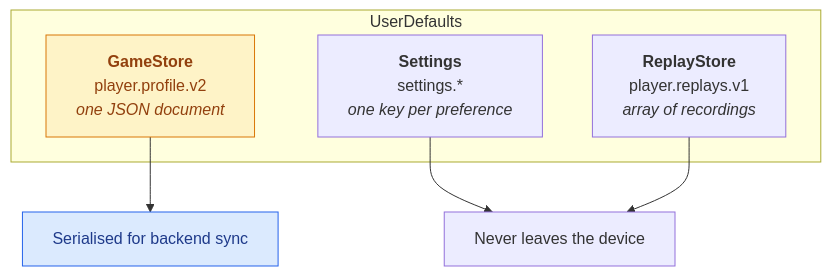
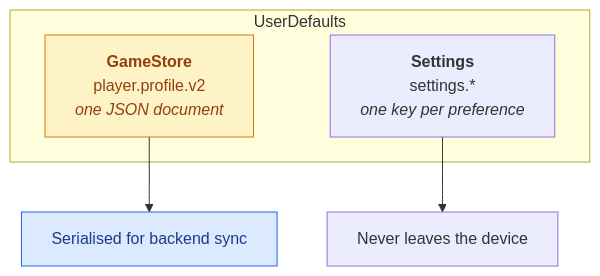
One commit to hoangsonww/Flappy-Bird-Game changed the first of 4 diagrams in docs/PERSISTENCE.md. Above: the diagram before and after it, drawn with Mermaid. The commit also changed other lines of this file and 43 other files, not shown here.

````diff
--- a/docs/PERSISTENCE.md
+++ b/docs/PERSISTENCE.md
@@ -10,15 +10,13 @@
 ```mermaid
 flowchart TB
     subgraph UD["UserDefaults"]
         P["<b>GameStore</b><br/>player.profile.v2<br/><i>one JSON document</i>"]
         S["<b>Settings</b><br/>settings.*<br/><i>one key per preference</i>"]
-        R["<b>ReplayStore</b><br/>player.replays.v1<br/><i>array of recordings</i>"]
     end
 
     P --> Sync["Serialised for backend sync"]
     S --> Local["Never leaves the device"]
-    R --> Local
 
     style P fill:#fef3c7,stroke:#d97706,color:#92400e
     style Sync fill:#dbeafe,stroke:#2563eb,color:#1e3a8a
 ```
````
